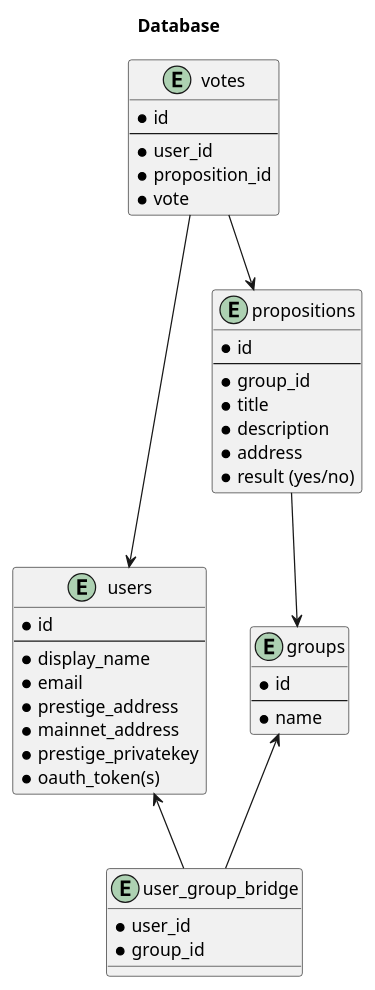
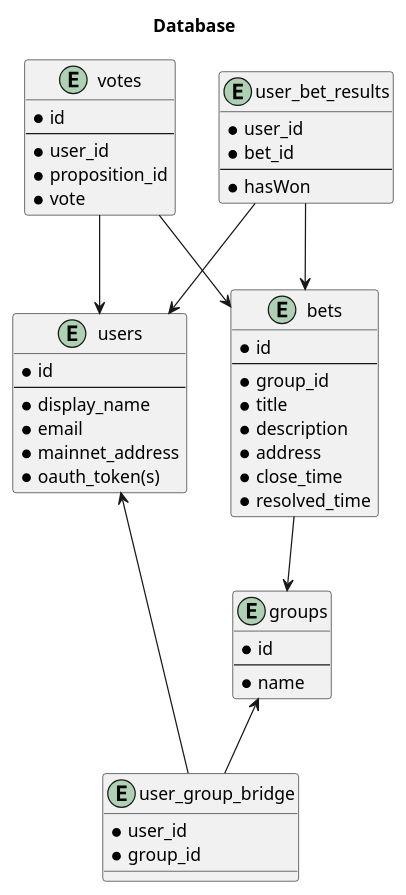
Before and after one commit to adhurjaty/prediction-app: the diagram in docs/Diagrams/src/Database/db.puml, drawn with PlantUML. The commit also changed 1 other file, not shown here.

Commit message:
updates database diagram

```diff
--- a/docs/Diagrams/src/Database/db.puml
+++ b/docs/Diagrams/src/Database/db.puml
@@ -1,51 +1,59 @@
 @startuml database
 
 title Database
 
 entity users {
     * id
     ---
     * display_name
     * email
-    * prestige_address
     * mainnet_address
-    * prestige_privatekey
     * oauth_token(s)
 }
 
 entity groups {
     * id
     ---
     * name
 }
 
 entity user_group_bridge {
     * user_id
     * group_id
 }
 
-entity propositions {
+entity bets {
     * id
     ---
     * group_id
     * title
     * description
     * address
-    * result (yes/no)
+    * close_time
+    * resolved_time
 }
 
 entity votes {
     * id
     ---
     * user_id
     * proposition_id
     * vote
 }
 
+entity user_bet_results {
+    * user_id
+    * bet_id
+    ---
+    * hasWon
+}
+
 users <-- user_group_bridge
 groups <-- user_group_bridge
-propositions --> groups
+bets --> groups
 votes --> users
-votes --> propositions
+votes --> bets
+user_bet_results --> users
+user_bet_results --> bets
 
 @enduml
```
